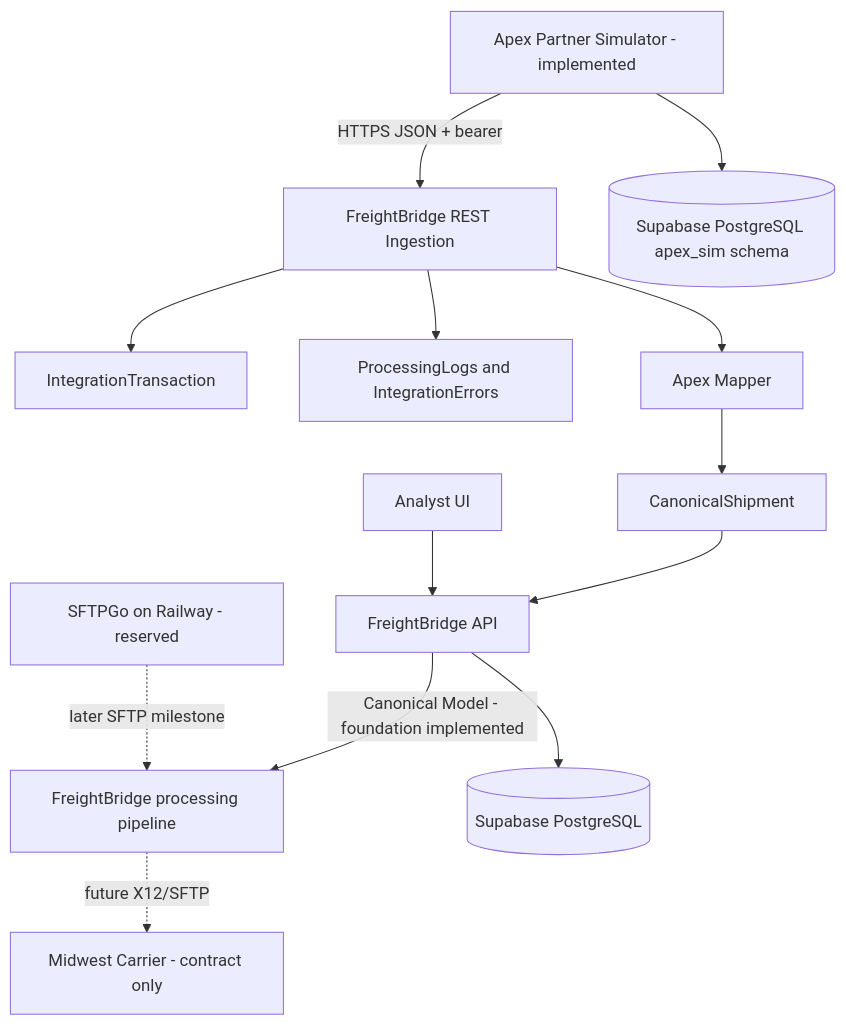
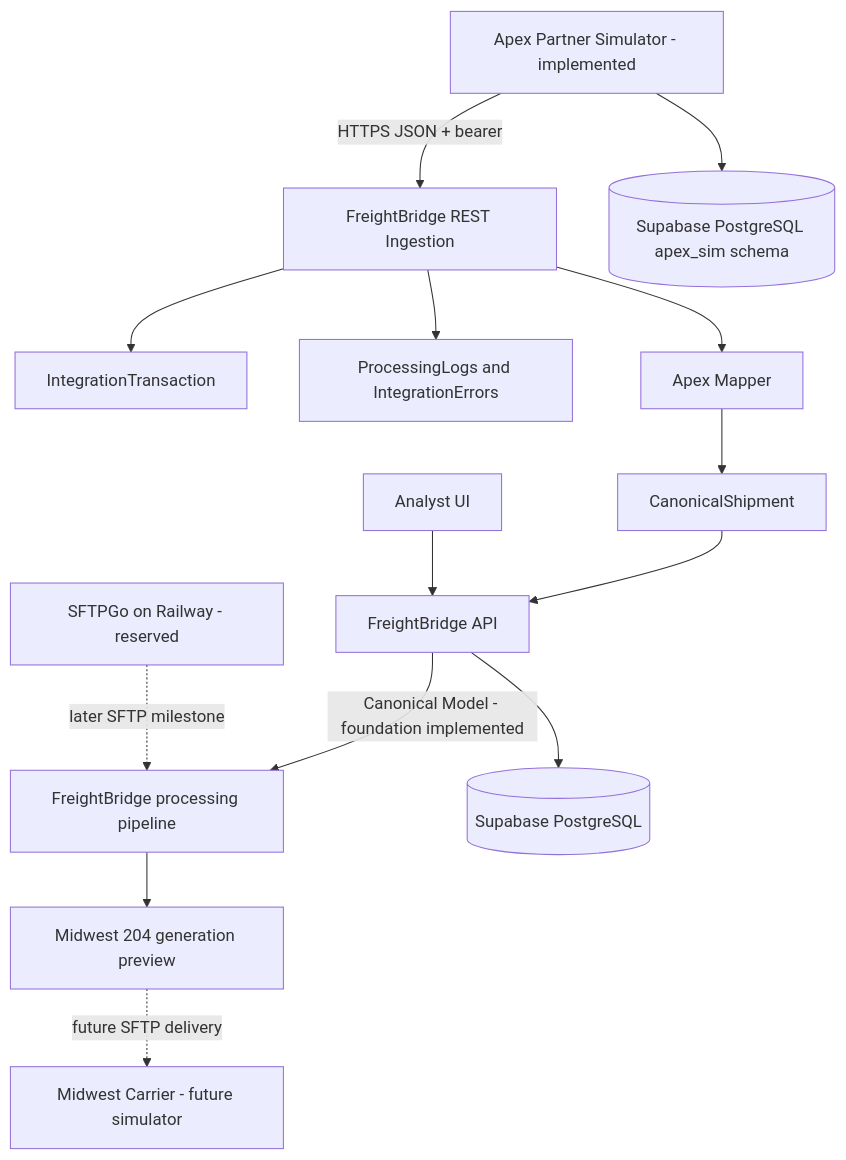
One commit to Ryandeboss/FreightBridge changed the diagram in docs/architecture/initial-architecture.md. Above: the diagram before and after it, drawn with Mermaid. The commit also changed other lines of this file and 20 other files, not shown here.

````diff
--- a/docs/architecture/initial-architecture.md
+++ b/docs/architecture/initial-architecture.md
@@ -5,15 +5,16 @@
 ```mermaid
 flowchart TD
   Apex[Apex Partner Simulator - implemented] -->|HTTPS JSON + bearer| Ingest[FreightBridge REST Ingestion]
   Ingest --> Tx[IntegrationTransaction]
   Ingest --> Logs[ProcessingLogs and IntegrationErrors]
   Ingest --> Mapper[Apex Mapper]
   Mapper --> Canonical[CanonicalShipment]
   Canonical --> API[FreightBridge API]
   UI[Analyst UI] --> API
   API -->|Canonical Model - foundation implemented| Pipeline[FreightBridge processing pipeline]
-  Pipeline -. future X12/SFTP .-> Midwest[Midwest Carrier - contract only]
+  Pipeline --> Preview[Midwest 204 generation preview]
+  Preview -. future SFTP delivery .-> Midwest[Midwest Carrier - future simulator]
   API --> Supabase[(Supabase PostgreSQL)]
   Apex --> ApexSchema[(Supabase PostgreSQL apex_sim schema)]
   SFTP[SFTPGo on Railway - reserved] -. later SFTP milestone .-> Pipeline
 ```
````
